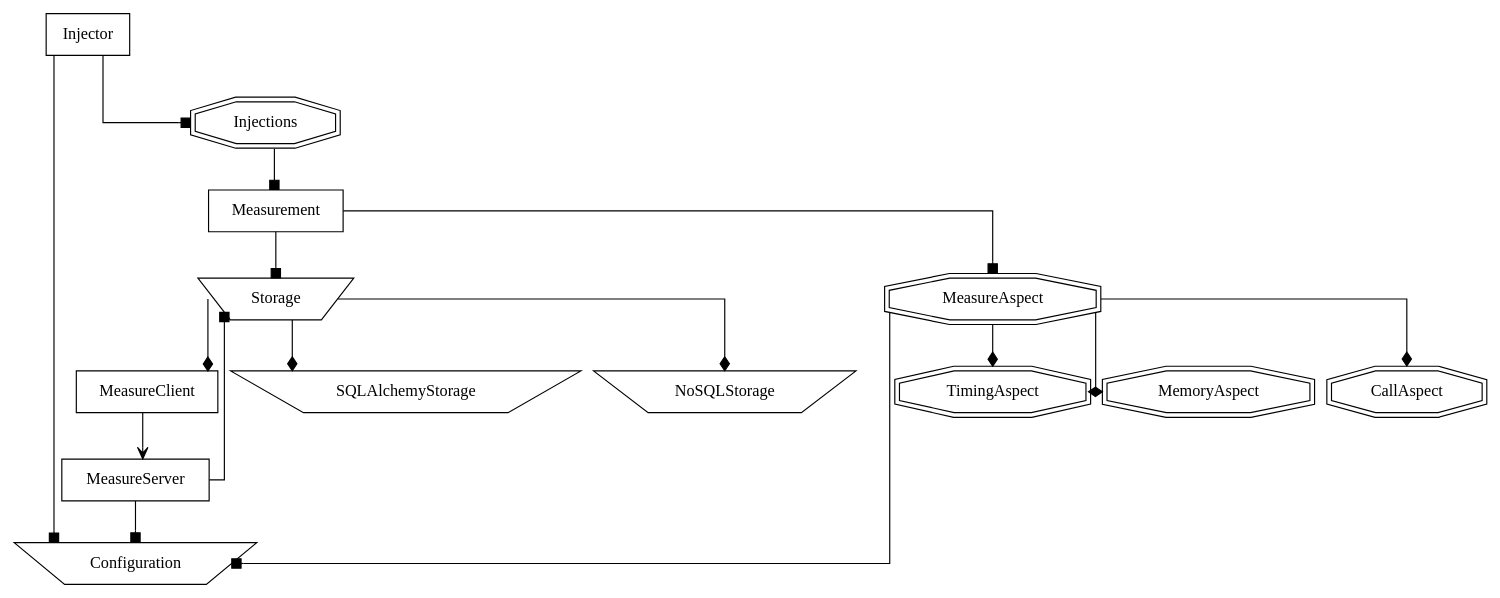
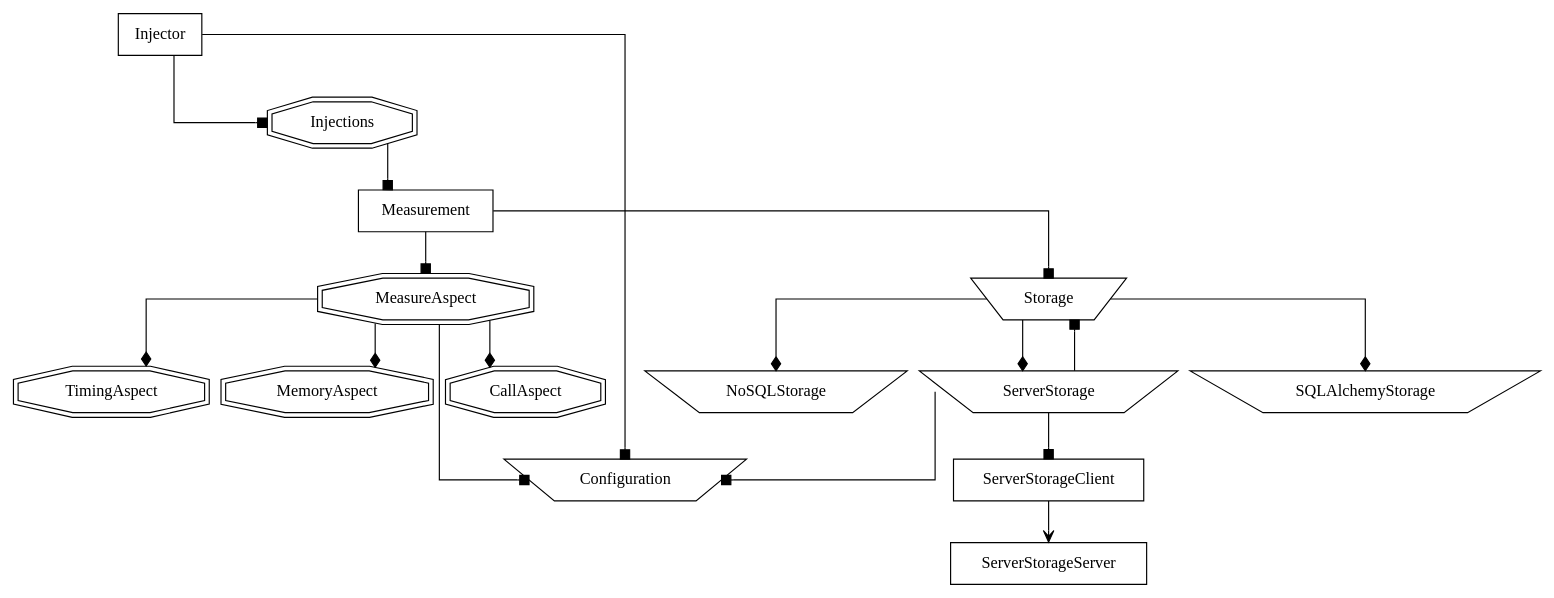
One commit to skoenen/pylofer changed the diagram in doc/structure.dot. Above: the diagram before and after it, drawn with Graphviz. The commit also changed 5 other files, not shown here.

Commit message:
Moved injection to instrumentation (better naming). Implementation of socket clients in pythons SocketServer flavour. Additions to the ServerStorageClient.

```diff
--- a/doc/structure.dot
+++ b/doc/structure.dot
@@ -1,53 +1,54 @@
 digraph {
   size="300";
   splines=ortho;
   fontname="Source Code Pro";
   fontsize=9.0;
   nodesep=0.15;
   normalize=true;
 
   // Actor
   node [shape=box]
   Injector;
-  MeasureClient;
-  MeasureServer;
+  ServerStorageClient;
+  ServerStorageServer;
   Measurement;
 
   // Data
   node [shape=invtrapezium];
   Storage;
-  MeasureClient;
+  ServerStorage;
   SQLAlchemyStorage;
   NoSQLStorage;
   Configuration
 
   // Multi instances
   node [shape=doubleoctagon];
   Injections;
   MeasureAspect;
 
   // Use Relations
   edge [arrowhead=box];
   Injector -> Injections;
   Injector -> Configuration;
   Injections -> Measurement;
-  MeasureServer -> Storage;
-  MeasureServer -> Configuration;
+  ServerStorage -> Storage;
+  ServerStorage -> Configuration;
+  ServerStorage -> ServerStorageClient;
   Measurement -> Storage;
   Measurement -> MeasureAspect;
   MeasureAspect -> Configuration
 
   // Instance Relation
   edge [arrowhead=diamond];
-  Storage -> MeasureClient;
+  Storage -> ServerStorage;
   Storage -> SQLAlchemyStorage;
   Storage -> NoSQLStorage;
 
   MeasureAspect -> TimingAspect;
   MeasureAspect -> MemoryAspect;
   MeasureAspect -> CallAspect
 
   // Send Relation
   edge [arrowhead=vee, arrowtail=vee];
-  MeasureClient -> MeasureServer;
+  ServerStorageClient -> ServerStorageServer;
 }
```
